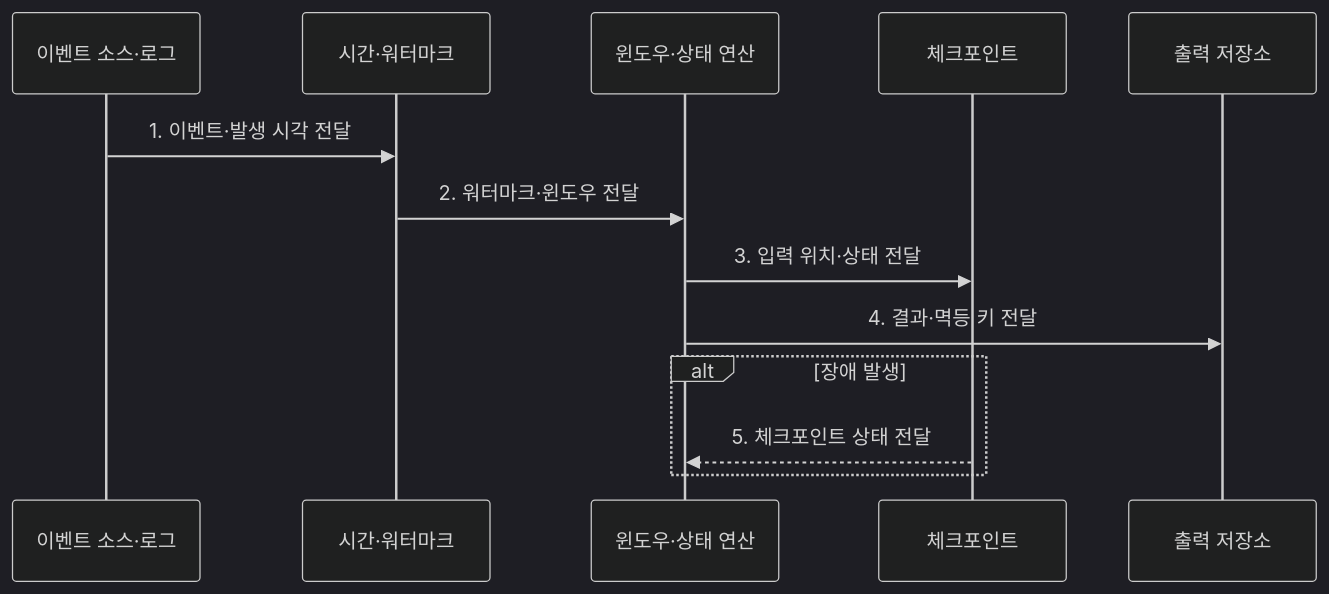
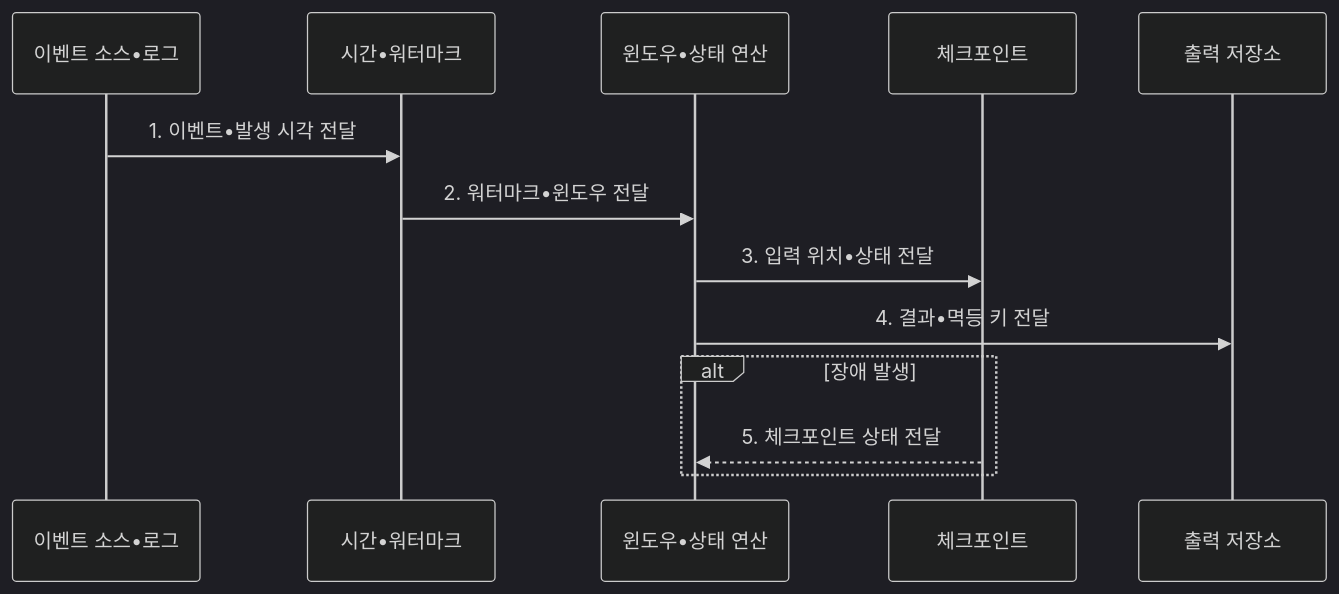
The second of 2 diagrams in src/content/docs/notes/08-latest-tech/195_real_time_streaming.md (agnusdei1207/knowledge-base), drawn with Mermaid (dark theme) before and after one commit. The commit also changed other lines of this file and 953 other files, not shown here.

````diff
--- a/src/content/docs/notes/08-latest-tech/195_real_time_streaming.md
+++ b/src/content/docs/notes/08-latest-tech/195_real_time_streaming.md
@@ -103,15 +103,15 @@
 ```mermaid
 sequenceDiagram
-  participant S as 이벤트 소스·로그
-  participant T as 시간·워터마크
-  participant O as 윈도우·상태 연산
+  participant S as 이벤트 소스•로그
+  participant T as 시간•워터마크
+  participant O as 윈도우•상태 연산
   participant C as 체크포인트
   participant K as 출력 저장소
-  S->>T: 1. 이벤트·발생 시각 전달
-  T->>O: 2. 워터마크·윈도우 전달
-  O->>C: 3. 입력 위치·상태 전달
-  O->>K: 4. 결과·멱등 키 전달
+  S->>T: 1. 이벤트•발생 시각 전달
+  T->>O: 2. 워터마크•윈도우 전달
+  O->>C: 3. 입력 위치•상태 전달
+  O->>K: 4. 결과•멱등 키 전달
   alt 장애 발생
     C-->>O: 5. 체크포인트 상태 전달
   end
 ```
````
